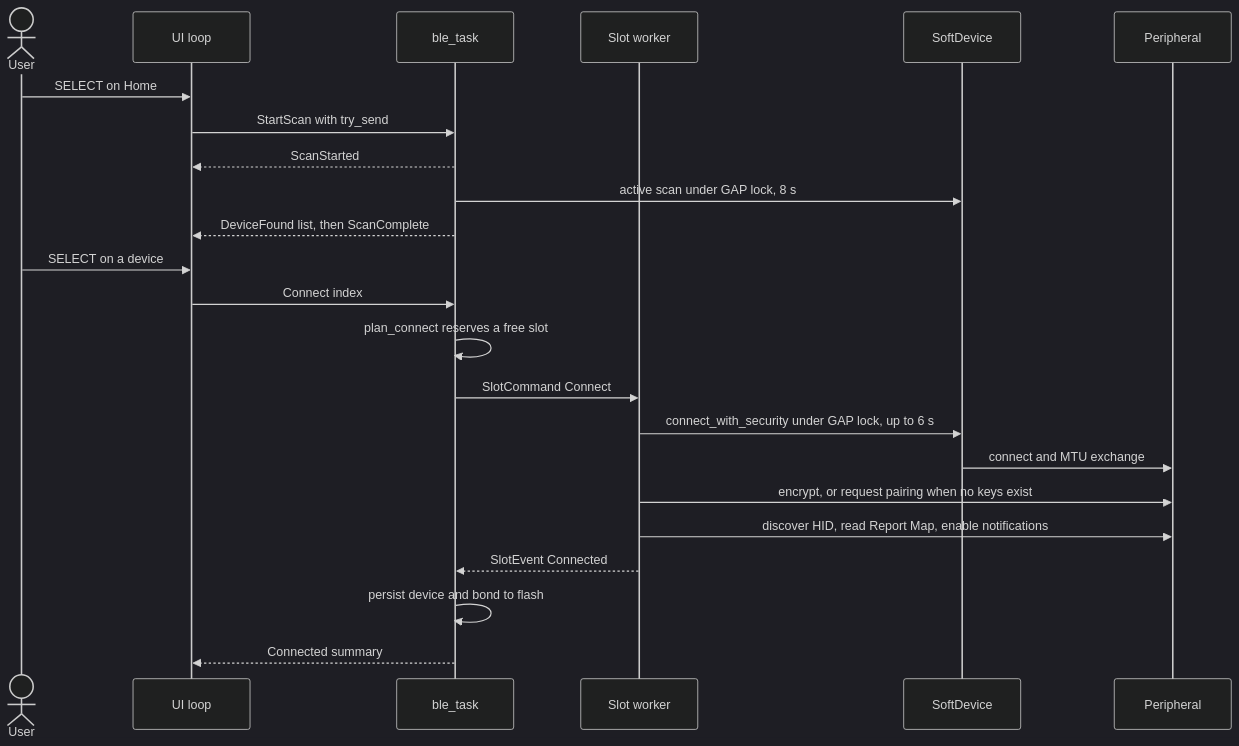
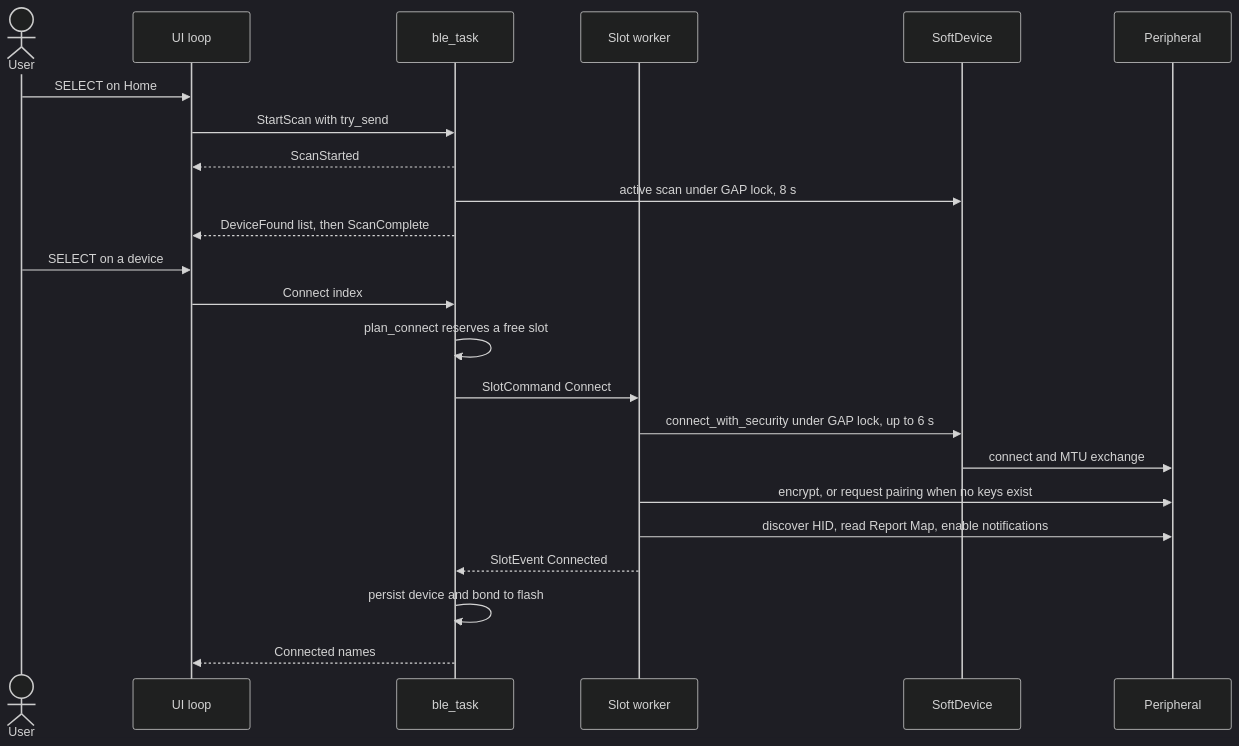
One commit to chefzaid/bt2usb changed the fifth of 10 diagrams in docs/architecture.md. Above: the diagram before and after it, drawn with Mermaid (dark theme). The commit also changed other lines of this file and 23 other files, not shown here.

````diff
--- a/docs/architecture.md
+++ b/docs/architecture.md
@@ -506,25 +506,25 @@
 ```mermaid
 sequenceDiagram
     actor U as User
     participant UI as UI loop
     participant C as ble_task
     participant W as Slot worker
     participant SD as SoftDevice
     participant P as Peripheral
     U->>UI: SELECT on Home
     UI->>C: StartScan with try_send
     C-->>UI: ScanStarted
     C->>SD: active scan under GAP lock, 8 s
     C-->>UI: DeviceFound list, then ScanComplete
     U->>UI: SELECT on a device
     UI->>C: Connect index
     C->>C: plan_connect reserves a free slot
     C->>W: SlotCommand Connect
     W->>SD: connect_with_security under GAP lock, up to 6 s
     SD->>P: connect and MTU exchange
     W->>P: encrypt, or request pairing when no keys exist
     W->>P: discover HID, read Report Map, enable notifications
     W-->>C: SlotEvent Connected
     C->>C: persist device and bond to flash
-    C-->>UI: Connected summary
+    C-->>UI: Connected names
 ```
````
